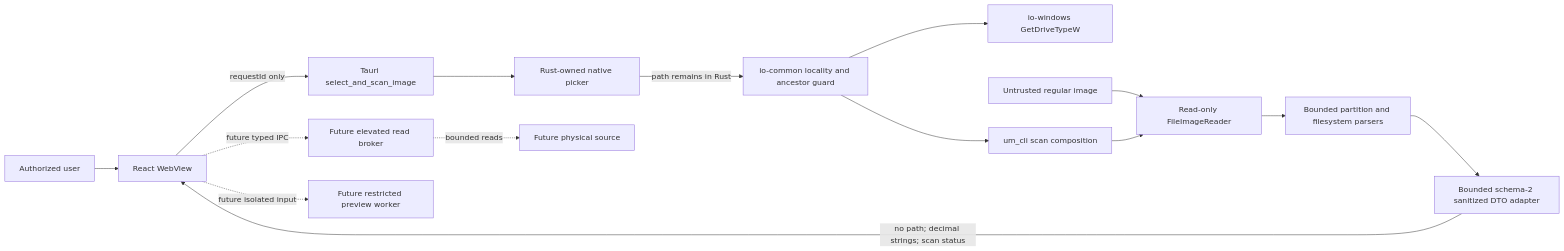
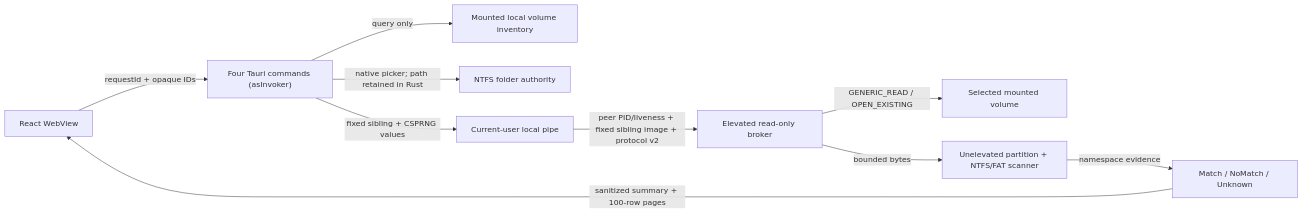
Before and after one commit to Fscarpelli/Undelete-Master: the diagram in docs/threat-model/THREAT_MODEL.md, drawn with Mermaid. The commit also changed other lines of this file and 92 other files, not shown here.

Commit message:
feat: scan connected Windows volumes safely

````diff
--- a/docs/threat-model/THREAT_MODEL.md
+++ b/docs/threat-model/THREAT_MODEL.md
@@ -15,18 +18,12 @@
 ```mermaid
 flowchart LR
-    User["Authorized user"] --> WebView["React WebView"]
-    WebView -->|"requestId only"| Command["Tauri select_and_scan_image"]
-    Command --> Picker["Rust-owned native picker"]
-    Picker -->|"path remains in Rust"| Guard["io-common locality and ancestor guard"]
-    Guard --> WindowsFFI["io-windows GetDriveTypeW"]
-    Guard --> CLI["um_cli scan composition"]
-    Image["Untrusted regular image"] --> Reader["Read-only FileImageReader"]
-    CLI --> Reader
-    Reader --> Parsers["Bounded partition and filesystem parsers"]
-    Parsers --> Adapter["Bounded schema-2 sanitized DTO adapter"]
-    Adapter -->|"no path; decimal strings; scan status"| WebView
-
-    WebView -. "future typed IPC" .-> Broker["Future elevated read broker"]
-    Broker -. "bounded reads" .-> Device["Future physical source"]
-    WebView -. "future isolated input" .-> Worker["Future restricted preview worker"]
+    UI["React WebView"] -->|"requestId + opaque IDs"| Facade["Four Tauri commands (asInvoker)"]
+    Facade -->|"query only"| Inventory["Mounted local volume inventory"]
+    Facade -->|"native picker; path retained in Rust"| Folder["NTFS folder authority"]
+    Facade -->|"fixed sibling + CSPRNG values"| Pipe["Current-user local pipe"]
+    Pipe -->|"peer PID/liveness + fixed sibling image + protocol v2"| Broker["Elevated read-only broker"]
+    Broker -->|"GENERIC_READ / OPEN_EXISTING"| Volume["Selected mounted volume"]
+    Broker -->|"bounded bytes"| Scanner["Unelevated partition + NTFS/FAT scanner"]
+    Scanner -->|"namespace evidence"| Filter["Match / NoMatch / Unknown"]
+    Filter -->|"sanitized summary + 100-row pages"| UI
 ```
````
